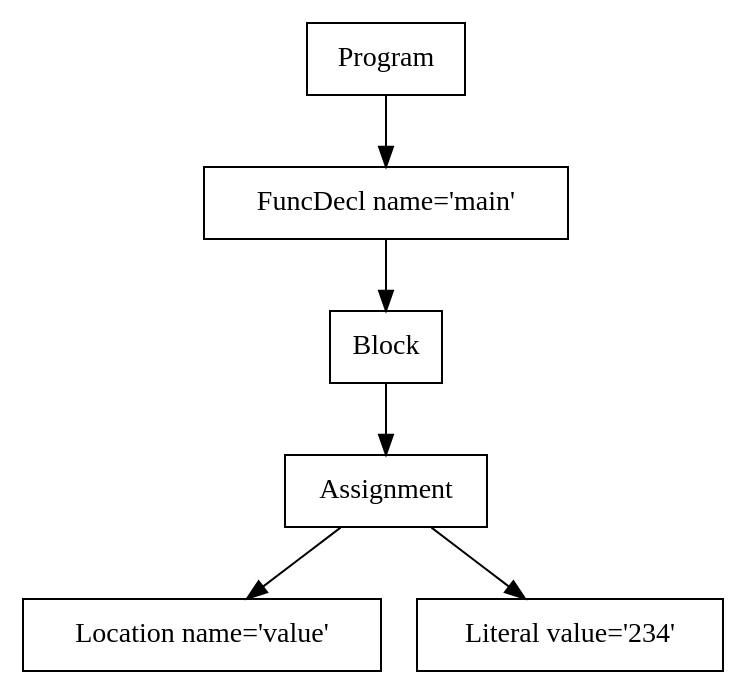
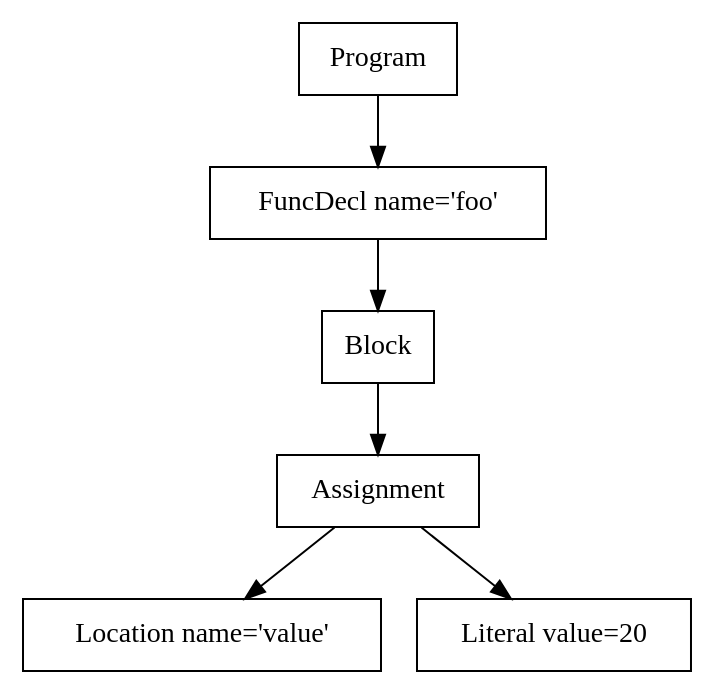
The diagram in p2/p2-parser/ast.dot (tran3jm/doxxlyne), drawn with Graphviz before and after one commit. The commit also changed 9 other files, not shown here.

```diff
--- a/p2/p2-parser/ast.dot
+++ b/p2/p2-parser/ast.dot
@@ -1,13 +1,13 @@
 digraph AST {
 4 [shape=box, label="Location name='value'"];
-5 [shape=box, label="Literal value='234'"];
+5 [shape=box, label="Literal value=20"];
 3 [shape=box, label="Assignment"];
 3 -> 4;
 3 -> 5;
 2 [shape=box, label="Block"];
 2 -> 3;
-1 [shape=box, label="FuncDecl name='main'"];
+1 [shape=box, label="FuncDecl name='foo'"];
 1 -> 2;
 0 [shape=box, label="Program"];
 0 -> 1;
 }
```
